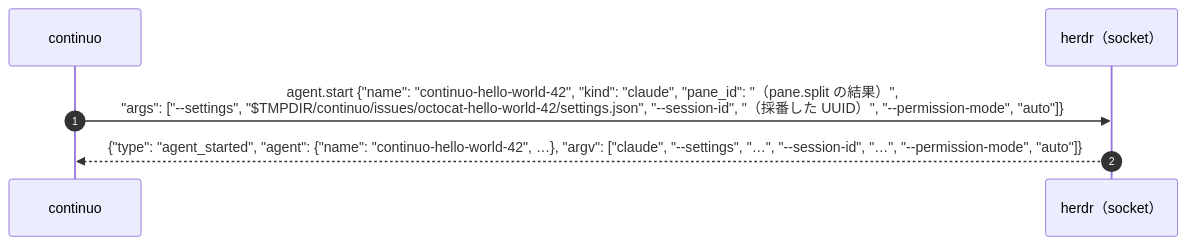
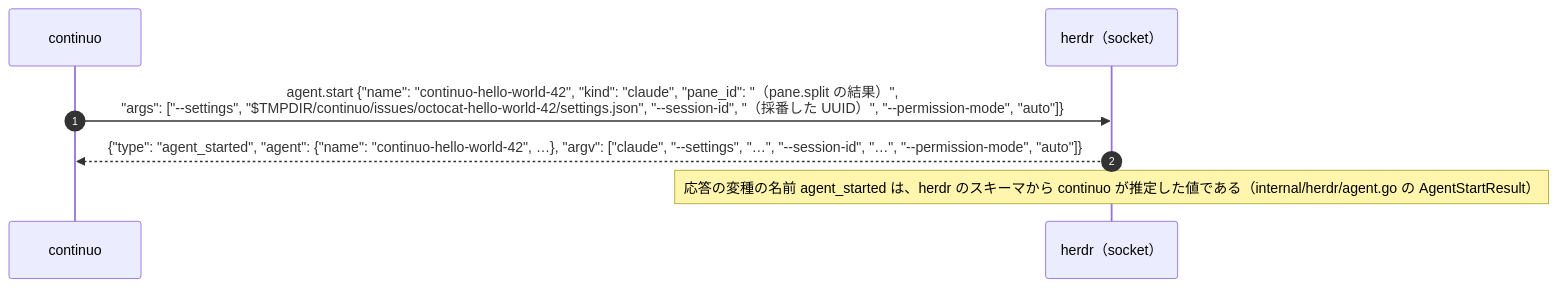
The diagram in .claude/rules/reporting.md (maimuzo/continuo), drawn with Mermaid before and after one commit. The commit also changed other lines of this file and 8 other files, not shown here.

````diff
--- a/.claude/rules/reporting.md
+++ b/.claude/rules/reporting.md
@@ -255,8 +256,9 @@
 ```mermaid
 sequenceDiagram
     autonumber
     participant C as continuo
     participant H as herdr（socket）
     C->>H: agent.start {"name": "continuo-hello-world-42", "kind": "claude", "pane_id": "（pane.split の結果）",<br/>"args": ["--settings", "$TMPDIR/continuo/issues/octocat-hello-world-42/settings.json", "--session-id", "（採番した UUID）", "--permission-mode", "auto"]}
     H-->>C: {"type": "agent_started", "agent": {"name": "continuo-hello-world-42", …}, "argv": ["claude", "--settings", "…", "--session-id", "…", "--permission-mode", "auto"]}
+    Note over H: 応答の変種の名前 agent_started は、herdr のスキーマから continuo が推定した値である（internal/herdr/agent.go の AgentStartResult）
 ```
````
